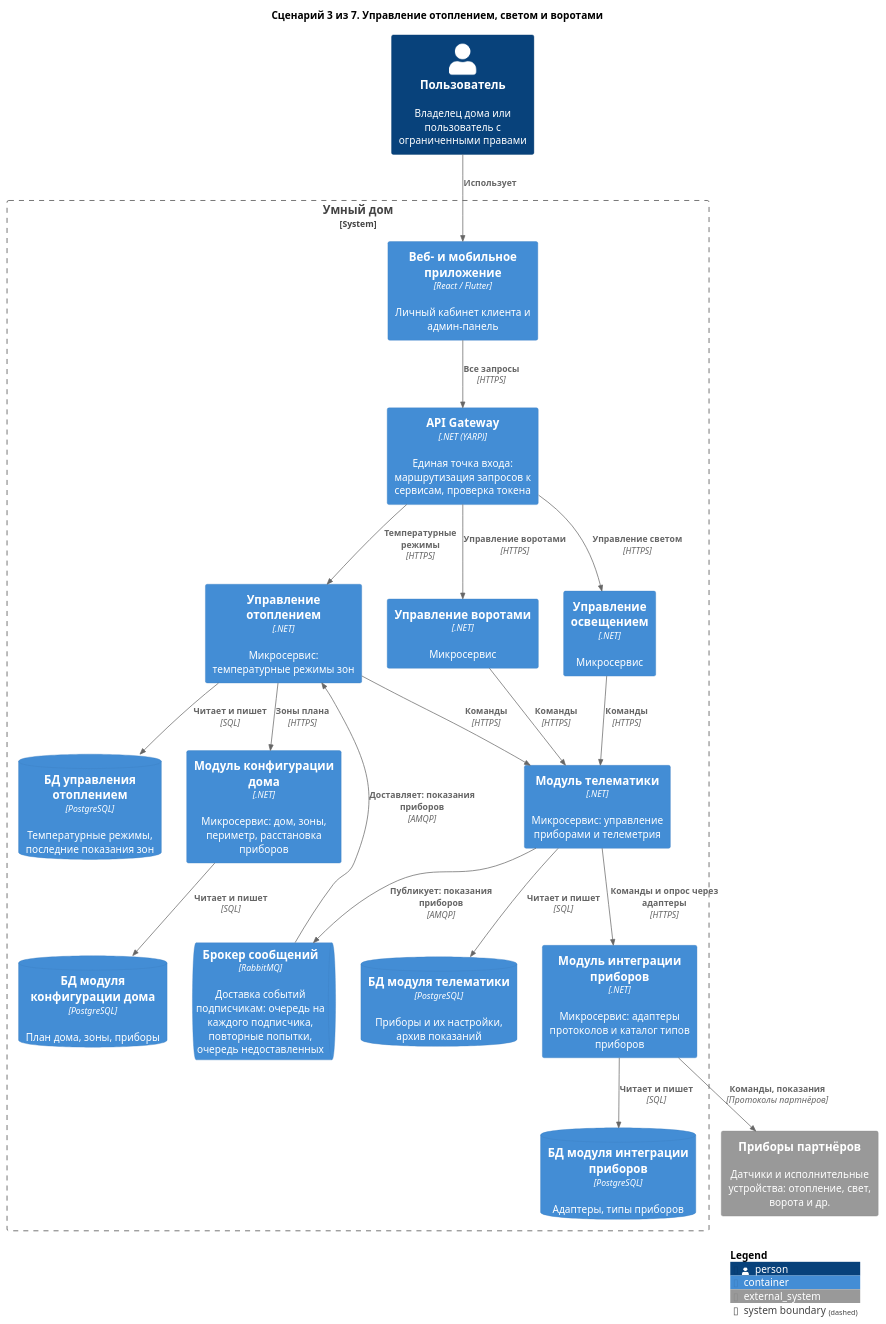
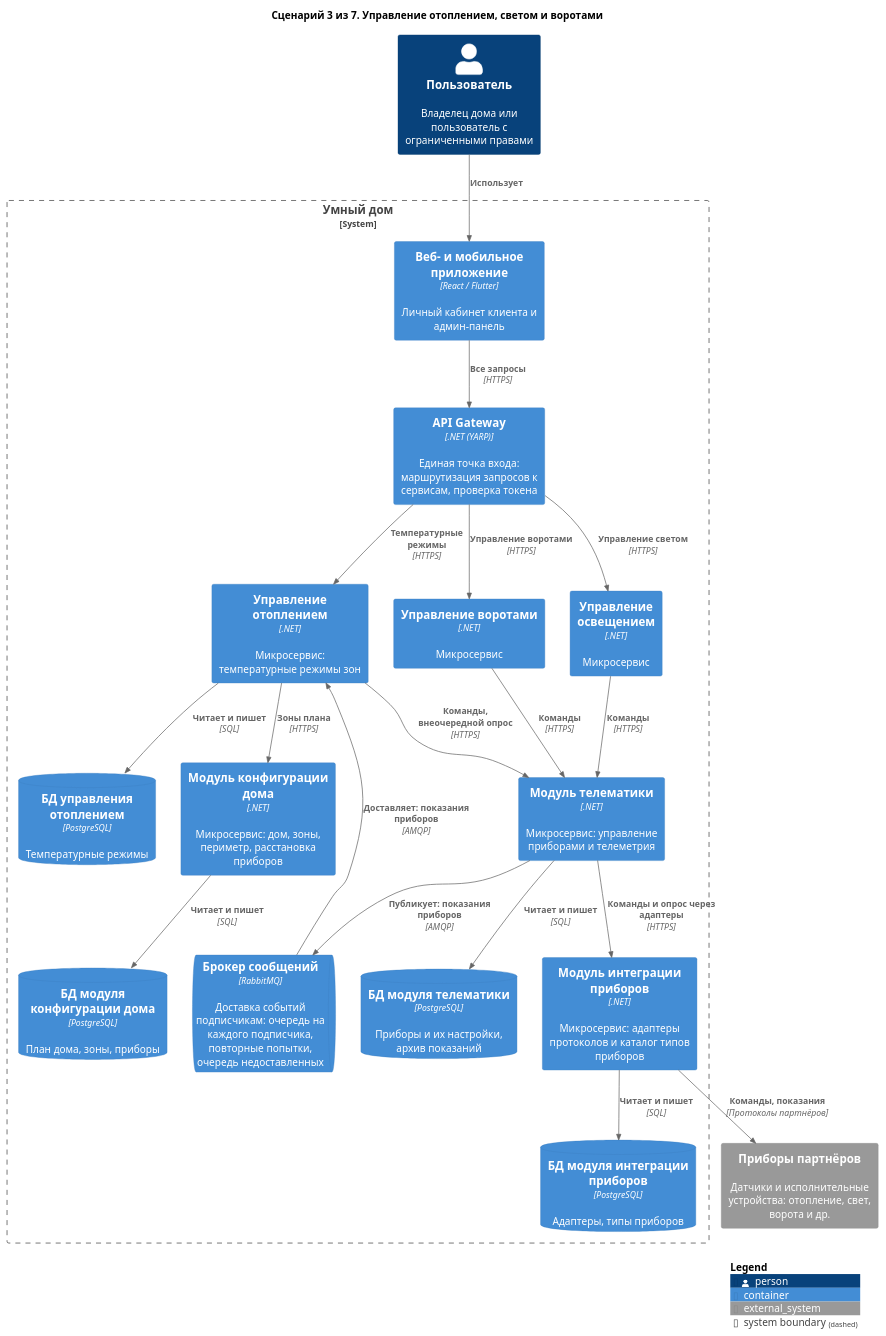
One commit to Lyamin-av/architecture-warmhouse changed the diagram in diagrams/containers-scenarios/03-device-control.puml. Above: the diagram before and after it, drawn with PlantUML. The commit also changed 10 other files, not shown here.

First line of the commit message:
Отопление: при смене цели внеочередной опрос текущей температуры

```diff
--- a/diagrams/containers-scenarios/03-device-control.puml
+++ b/diagrams/containers-scenarios/03-device-control.puml
@@ -1,46 +1,46 @@
 @startuml 03-device-control
 !include <C4/C4_Container>
 
 title Сценарий 3 из 7. Управление отоплением, светом и воротами
 
 Person(user, "Пользователь", "Владелец дома или пользователь с ограниченными правами")
 
 System_Boundary(Warmhouse, "Умный дом") {
     Container(apps, "Веб- и мобильное приложение", "React / Flutter", "Личный кабинет клиента и админ-панель")
     Container(Gateway, "API Gateway", ".NET (YARP)", "Единая точка входа: маршрутизация запросов к сервисам, проверка токена")
     Container(Heating, "Управление отоплением", ".NET", "Микросервис: температурные режимы зон")
     Container(Lighting, "Управление освещением", ".NET", "Микросервис")
     Container(GateControl, "Управление воротами", ".NET", "Микросервис")
     Container(HouseConfigurator, "Модуль конфигурации дома", ".NET", "Микросервис: дом, зоны, периметр, расстановка приборов")
     Container(Telematics, "Модуль телематики", ".NET", "Микросервис: управление приборами и телеметрия")
     Container(DeviceIntegration, "Модуль интеграции приборов", ".NET", "Микросервис: адаптеры протоколов и каталог типов приборов")
     ContainerQueue(Broker, "Брокер сообщений", "RabbitMQ", "Доставка событий подписчикам: очередь на каждого подписчика, повторные попытки, очередь недоставленных")
-    ContainerDb(dbHeating, "БД управления отоплением", "PostgreSQL", "Температурные режимы, последние показания зон")
+    ContainerDb(dbHeating, "БД управления отоплением", "PostgreSQL", "Температурные режимы")
     ContainerDb(dbTelematics, "БД модуля телематики", "PostgreSQL", "Приборы и их настройки, архив показаний")
     ContainerDb(dbDIS, "БД модуля интеграции приборов", "PostgreSQL", "Адаптеры, типы приборов")
     ContainerDb(dbHC, "БД модуля конфигурации дома", "PostgreSQL", "План дома, зоны, приборы")
 }
 
 System_Ext(devices, "Приборы партнёров", "Датчики и исполнительные устройства: отопление, свет, ворота и др.")
 
 Rel(user, apps, "Использует")
 Rel(apps, Gateway, "Все запросы", "HTTPS")
 Rel(Gateway, Heating, "Температурные режимы", "HTTPS")
 Rel(Gateway, Lighting, "Управление светом", "HTTPS")
 Rel(Gateway, GateControl, "Управление воротами", "HTTPS")
 Rel(Heating, HouseConfigurator, "Зоны плана", "HTTPS")
-Rel(Heating, Telematics, "Команды", "HTTPS")
+Rel(Heating, Telematics, "Команды, внеочередной опрос", "HTTPS")
 Rel(Telematics, Broker, "Публикует: показания приборов", "AMQP")
 Rel(Broker, Heating, "Доставляет: показания приборов", "AMQP")
 Rel(Lighting, Telematics, "Команды", "HTTPS")
 Rel(GateControl, Telematics, "Команды", "HTTPS")
 Rel(Telematics, DeviceIntegration, "Команды и опрос через адаптеры", "HTTPS")
 Rel(DeviceIntegration, devices, "Команды, показания", "Протоколы партнёров")
 
 Rel(Heating, dbHeating, "Читает и пишет", "SQL")
 Rel(Telematics, dbTelematics, "Читает и пишет", "SQL")
 Rel(DeviceIntegration, dbDIS, "Читает и пишет", "SQL")
 Rel(HouseConfigurator, dbHC, "Читает и пишет", "SQL")
 
 SHOW_LEGEND()
 @enduml
```
